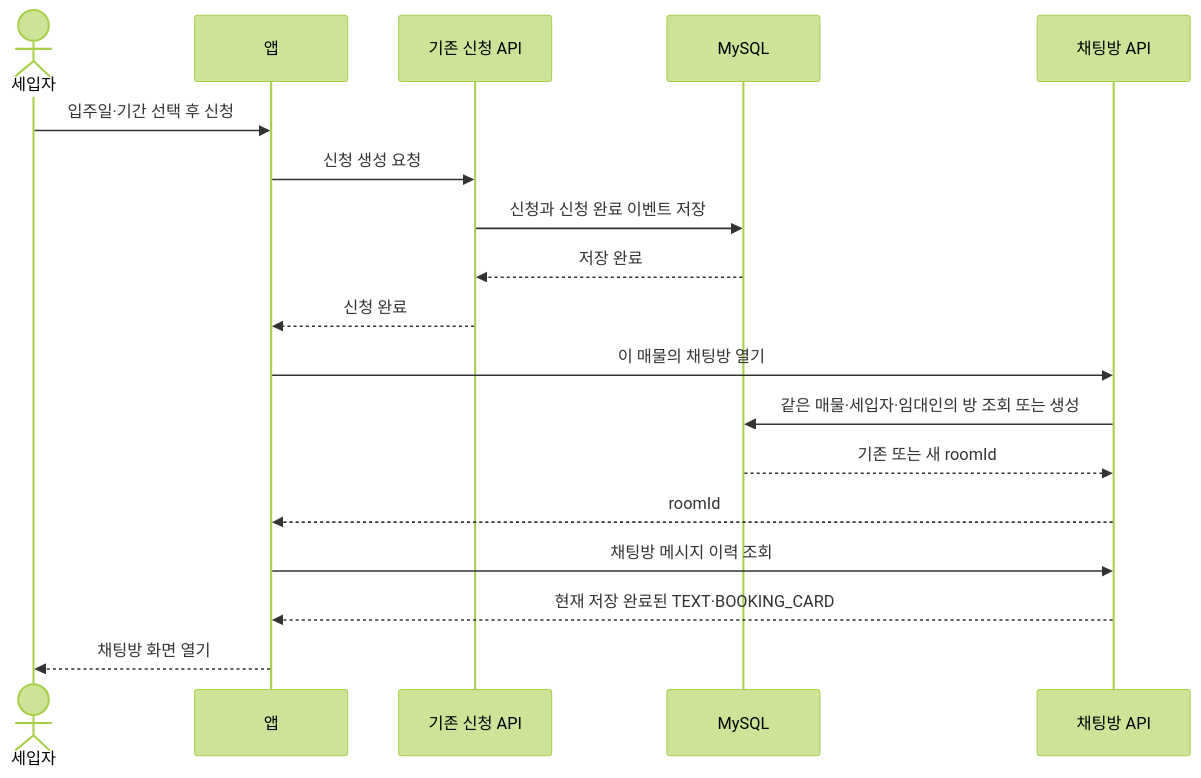
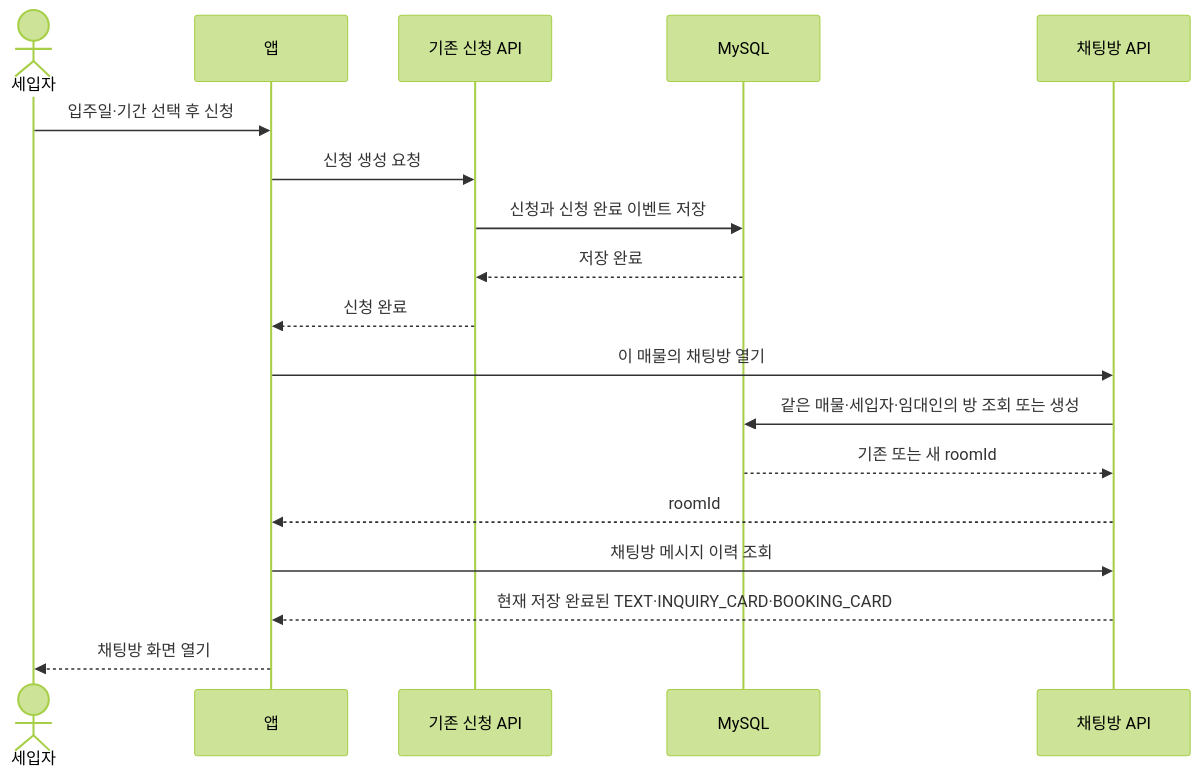
The second of 16 diagrams in docs/architecture/chat/05-sequence-diagrams.md (jameskim9509/Kohere-backend), drawn with Mermaid (forest theme) before and after one commit. The commit also changed other lines of this file and 47 other files, not shown here.

First line of the commit message:
Merge pull request #292 from ychoik/feat/291-inquiry-card

````diff
--- a/docs/architecture/chat/05-sequence-diagrams.md
+++ b/docs/architecture/chat/05-sequence-diagrams.md
@@ -43,21 +45,21 @@
 ```mermaid
 sequenceDiagram
     actor U as 세입자
     participant APP as 앱
     participant BOOK as 기존 신청 API
     participant DB as MySQL
     participant CHAT as 채팅방 API
 
     U->>APP: 입주일·기간 선택 후 신청
     APP->>BOOK: 신청 생성 요청
     BOOK->>DB: 신청과 신청 완료 이벤트 저장
     DB-->>BOOK: 저장 완료
     BOOK-->>APP: 신청 완료
     APP->>CHAT: 이 매물의 채팅방 열기
     CHAT->>DB: 같은 매물·세입자·임대인의 방 조회 또는 생성
     DB-->>CHAT: 기존 또는 새 roomId
     CHAT-->>APP: roomId
     APP->>CHAT: 채팅방 메시지 이력 조회
-    CHAT-->>APP: 현재 저장 완료된 TEXT·BOOKING_CARD
+    CHAT-->>APP: 현재 저장 완료된 TEXT·INQUIRY_CARD·BOOKING_CARD
     APP-->>U: 채팅방 화면 열기
 ```
````
